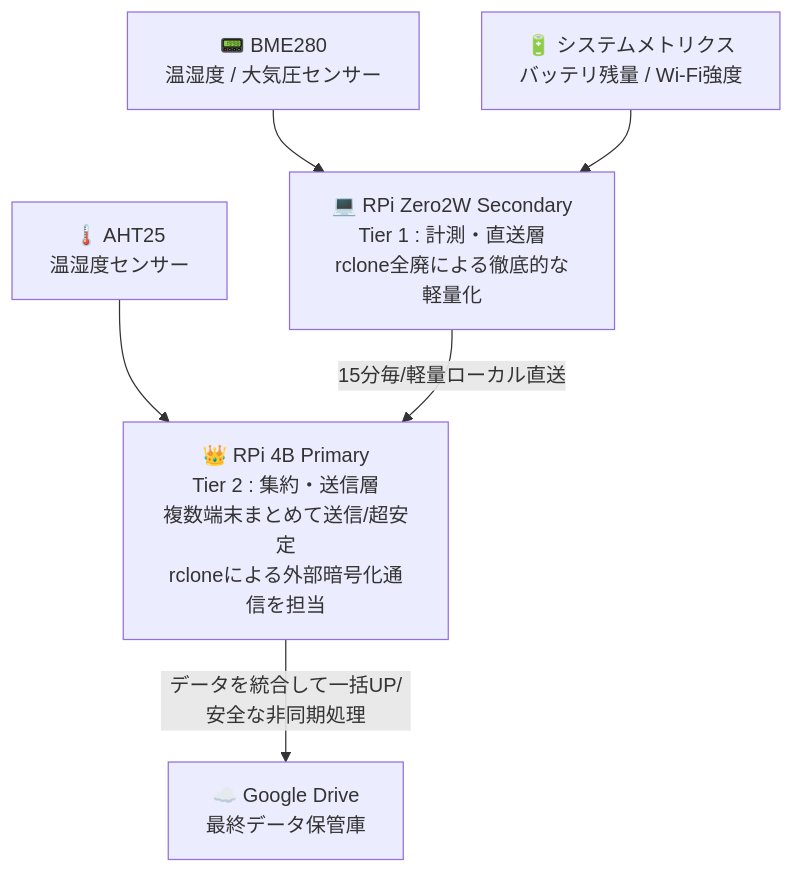
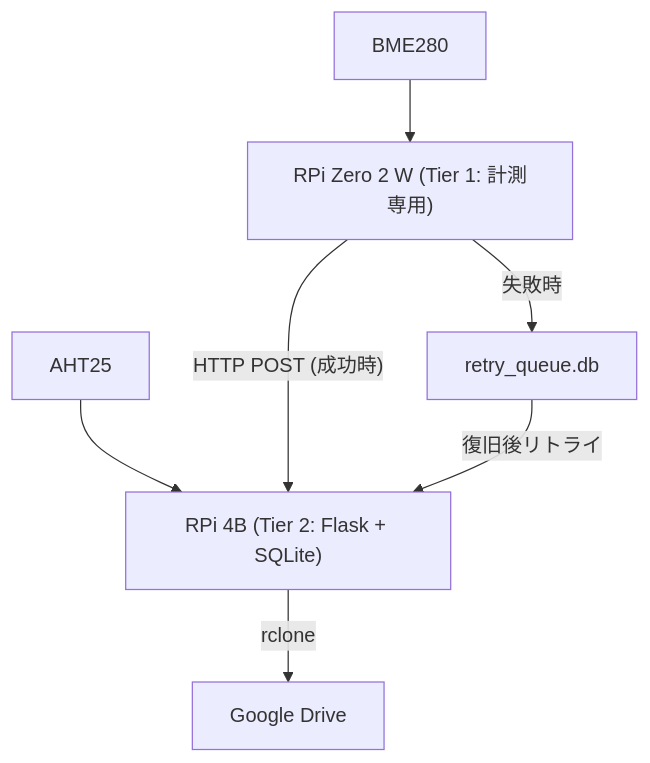
Before and after one commit to hidecodegit/ConditionLoggingSystem: the second of 2 diagrams in docs/architecture.md, drawn with Mermaid. The commit also changed other lines of this file, not shown here.

First line of the commit message:
Revise architecture document for Flask version

````diff
--- a/docs/architecture.md
+++ b/docs/architecture.md
@@ -47,18 +46,16 @@
 ```mermaid
 graph TD
-    Drive[☁️ Google Drive<br>最終データ保管庫]
-    Pi4B[👑 RPi 4B Primary<br>Tier 2 : 集約・送信層<br>複数端末まとめて送信/超安定<br>rcloneによる外部暗号化通信を担当]
-    AHT25[🌡️ AHT25<br>温湿度センサー]
-    
-    Zero2W[💻 RPi Zero2W Secondary<br>Tier 1 : 計測・直送層<br>rclone全廃による徹底的な軽量化]
-    BME280[📟 BME280<br>温湿度 / 大気圧センサー]
-    Metrics[🔋 システムメトリクス<br>バッテリ残量 / Wi-Fi強度]
+    Drive["Google Drive"]
+    Pi4B["RPi 4B (Tier 2: Flask + SQLite)"]
+    AHT25["AHT25"]
+    Zero2W["RPi Zero 2 W (Tier 1: 計測専用)"]
+    BME280["BME280"]
+    Retry["retry_queue.db"]
 
-    %% データの流れ
     BME280 --> Zero2W
-    Metrics --> Zero2W
     AHT25 --> Pi4B
-
-    Zero2W -->|15分毎/軽量ローカル直送| Pi4B
-    Pi4B -->|データを統合して一括UP/安全な非同期処理| Drive
+    Zero2W -->|"HTTP POST (成功時)"| Pi4B
+    Zero2W -->|"失敗時"| Retry
+    Retry -->|"復旧後リトライ"| Pi4B
+    Pi4B -->|"rclone"| Drive
 ```
````
